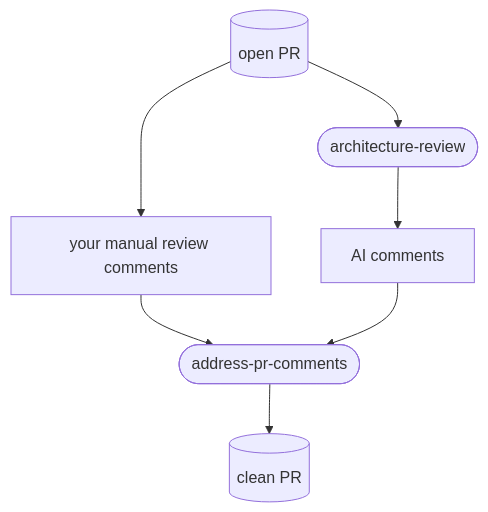
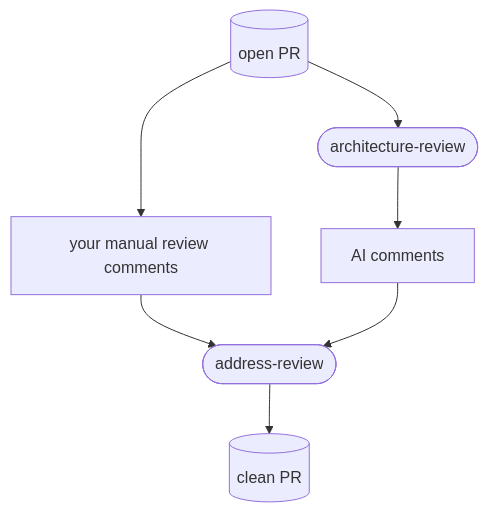
One commit to mohasarc/mo-skills changed diagram 12 of 22 in README.md. Above: the diagram before and after it, drawn with Mermaid. The commit also changed other lines of this file and 4 other files, not shown here.

Commit message:
add address-review, architecture-review, and grill-me skills

````diff
--- a/README.md
+++ b/README.md
@@ -300,9 +300,9 @@
 ```mermaid
 flowchart TD
     PR[(open PR)] --> Manual[your manual review comments]
     PR --> AR([architecture-review])
     AR --> AIC[AI comments]
-    Manual --> APR([address-pr-comments])
+    Manual --> APR([address-review])
     AIC --> APR
     APR --> Clean[(clean PR)]
 ```
````
